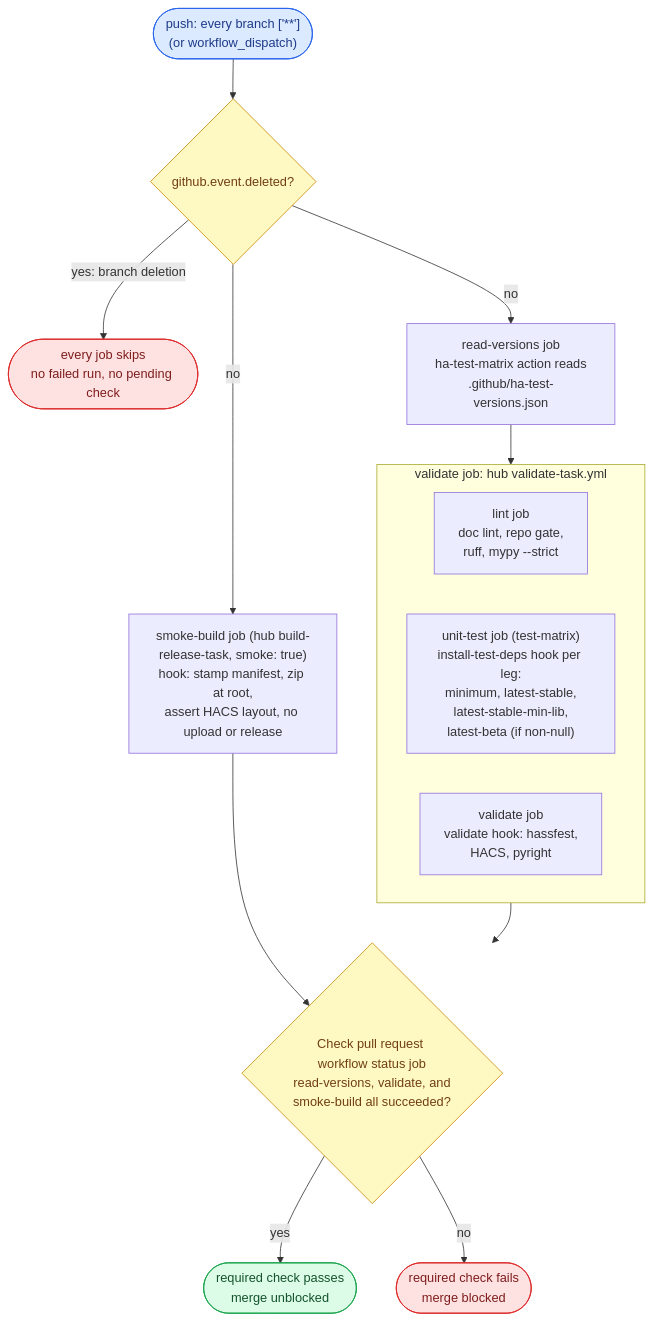
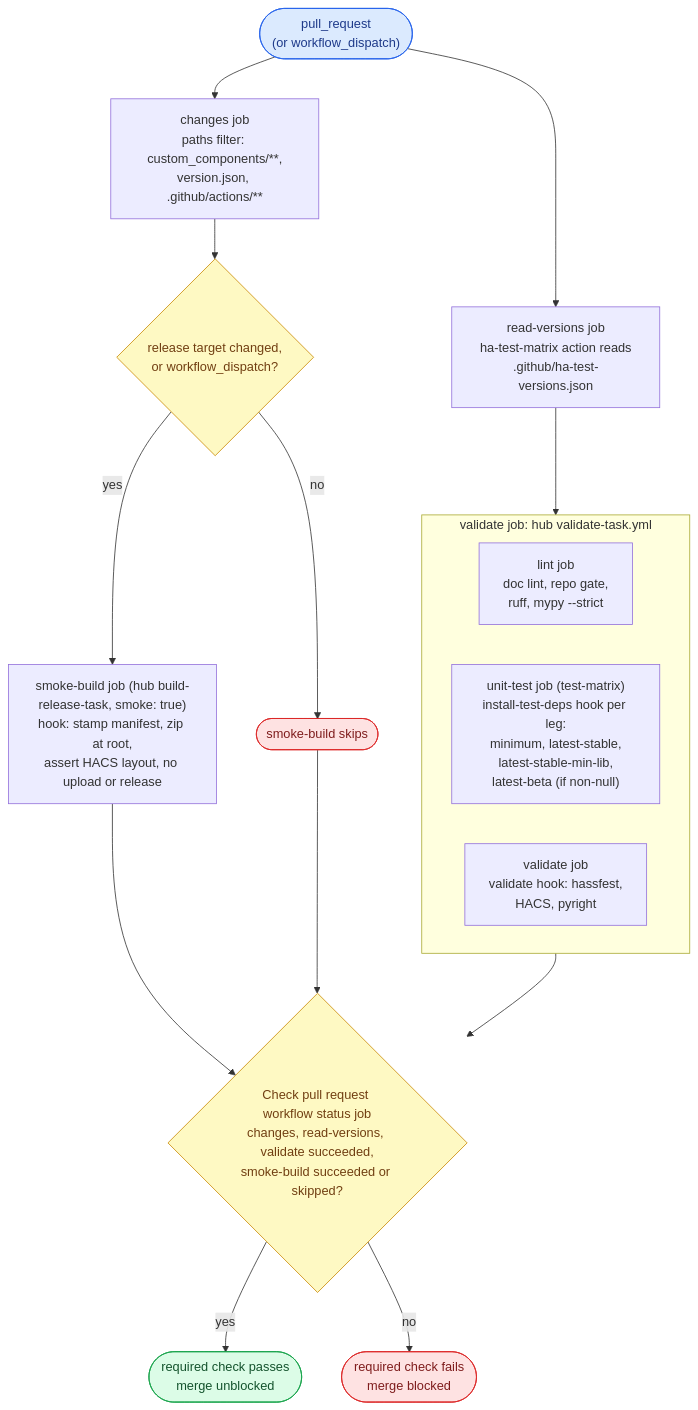
One commit to ptr727/homeassistant-purpleair changed the first of 4 diagrams in WORKFLOW.md. Above: the diagram before and after it, drawn with Mermaid. The commit also changed other lines of this file and 4 other files, not shown here.

First line of the commit message:
Adopt the Hub Gate Snippet and Trigger CI on Pull Request

````diff
--- a/WORKFLOW.md
+++ b/WORKFLOW.md
@@ -284,22 +290,24 @@
 ```mermaid
 flowchart TD
-    T(["push: every branch ['**']<br/>(or workflow_dispatch)"]):::trig
-    T --> D{"github.event.deleted?"}:::gate
-    D -- "yes: branch deletion" --> X(["every job skips<br/>no failed run, no pending check"]):::stop
-    D -- "no" --> RV["read-versions job<br/>ha-test-matrix action reads<br/>.github/ha-test-versions.json"]
-    D -- "no" --> SB["smoke-build job (hub build-release-task, smoke: true)<br/>hook: stamp manifest, zip at root,<br/>assert HACS layout, no upload or release"]
+    T(["pull_request<br/>(or workflow_dispatch)"]):::trig
+    T --> CH["changes job<br/>paths filter: custom_components/**,<br/>version.json, .github/actions/**"]
+    T --> RV["read-versions job<br/>ha-test-matrix action reads<br/>.github/ha-test-versions.json"]
+    CH --> F{"release target changed,<br/>or workflow_dispatch?"}:::gate
+    F -- "yes" --> SB["smoke-build job (hub build-release-task, smoke: true)<br/>hook: stamp manifest, zip at root,<br/>assert HACS layout, no upload or release"]
+    F -- "no" --> SS(["smoke-build skips"]):::stop
     RV --> VT
     subgraph VT ["validate job: hub validate-task.yml"]
         LT["lint job<br/>doc lint, repo gate,<br/>ruff, mypy --strict"]
         UT["unit-test job (test-matrix)<br/>install-test-deps hook per leg:<br/>minimum, latest-stable,<br/>latest-stable-min-lib,<br/>latest-beta (if non-null)"]
         VH["validate job<br/>validate hook: hassfest,<br/>HACS, pyright"]
     end
-    VT --> A{"Check pull request workflow status job<br/>read-versions, validate, and<br/>smoke-build all succeeded?"}:::gate
+    VT --> A{"Check pull request workflow status job<br/>changes, read-versions, validate succeeded,<br/>smoke-build succeeded or skipped?"}:::gate
     SB --> A
+    SS --> A
     A -- "yes" --> G(["required check passes<br/>merge unblocked"]):::pub
     A -- "no" --> R(["required check fails<br/>merge blocked"]):::stop
     classDef trig fill:#dbeafe,stroke:#2563eb,color:#1e3a8a
     classDef gate fill:#fef9c3,stroke:#ca8a04,color:#713f12
     classDef pub fill:#dcfce7,stroke:#16a34a,color:#14532d
     classDef stop fill:#fee2e2,stroke:#dc2626,color:#7f1d1d
 ```
````
